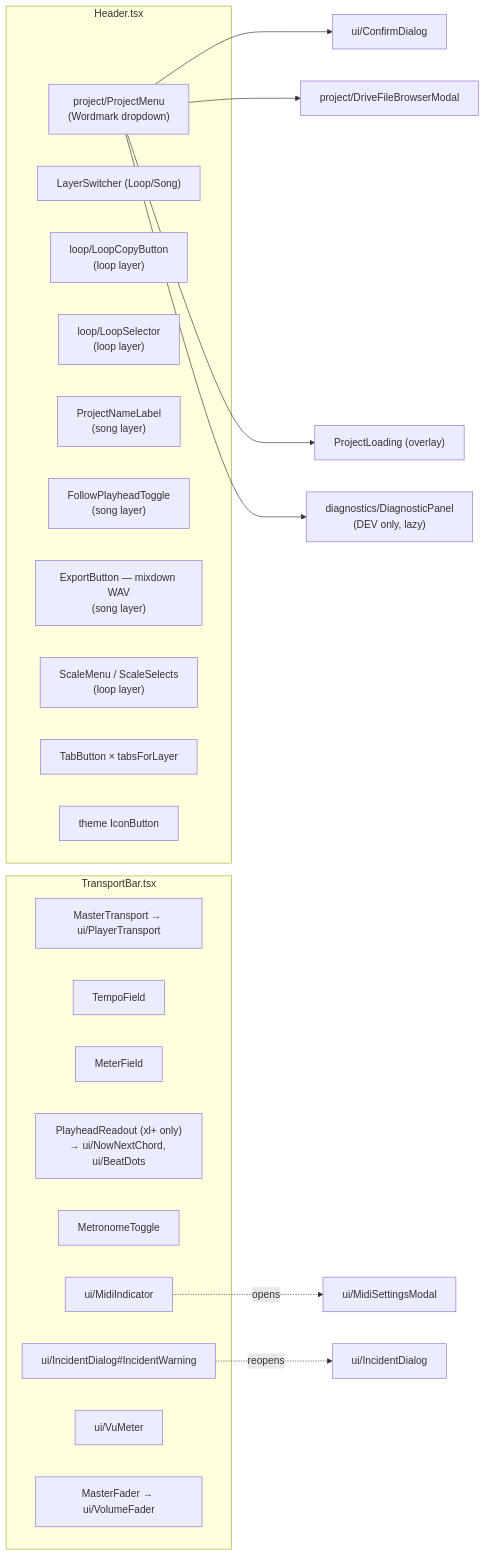
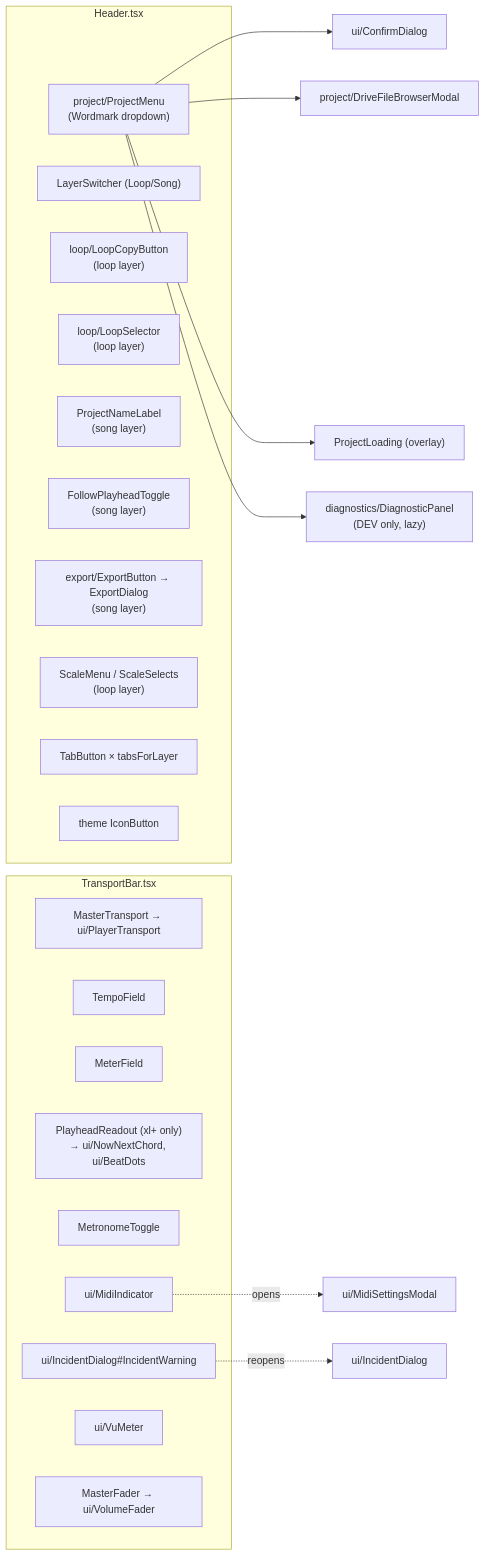
One commit to themiddnight/solna changed the second of 5 diagrams in docs/architecture/structure/01-ui.md. Above: the diagram before and after it, drawn with Mermaid. The commit also changed other lines of this file and 12 other files, not shown here.

````diff
--- a/docs/architecture/structure/01-ui.md
+++ b/docs/architecture/structure/01-ui.md
@@ -71,32 +71,32 @@
 ```mermaid
 flowchart LR
   subgraph Header["Header.tsx"]
     PM["project/ProjectMenu<br/>(Wordmark dropdown)"]
     LS["LayerSwitcher (Loop/Song)"]
     LCB["loop/LoopCopyButton<br/>(loop layer)"]
     LSel["loop/LoopSelector<br/>(loop layer)"]
     PNL["ProjectNameLabel<br/>(song layer)"]
     FPT["FollowPlayheadToggle<br/>(song layer)"]
-    EXP["ExportButton — mixdown WAV<br/>(song layer)"]
+    EXP["export/ExportButton → ExportDialog<br/>(song layer)"]
     SM["ScaleMenu / ScaleSelects<br/>(loop layer)"]
     TB["TabButton × tabsForLayer"]
     TH["theme IconButton"]
   end
   PM --> CD["ui/ConfirmDialog"]
   PM --> DFB["project/DriveFileBrowserModal"]
   PM --> PLo["ProjectLoading (overlay)"]
   PM --> DP["diagnostics/DiagnosticPanel<br/>(DEV only, lazy)"]
   subgraph Transport["TransportBar.tsx"]
     MT["MasterTransport → ui/PlayerTransport"]
     TF["TempoField"]
     MF["MeterField"]
     PR["PlayheadReadout (xl+ only)<br/>→ ui/NowNextChord, ui/BeatDots"]
     MET["MetronomeToggle"]
     MIDI["ui/MidiIndicator"]
     IW["ui/IncidentDialog#IncidentWarning"]
     VU["ui/VuMeter"]
     MFd["MasterFader → ui/VolumeFader"]
   end
   MIDI -. opens .-> MSM["ui/MidiSettingsModal"]
   IW -. reopens .-> IDlg["ui/IncidentDialog"]
 ```
````
